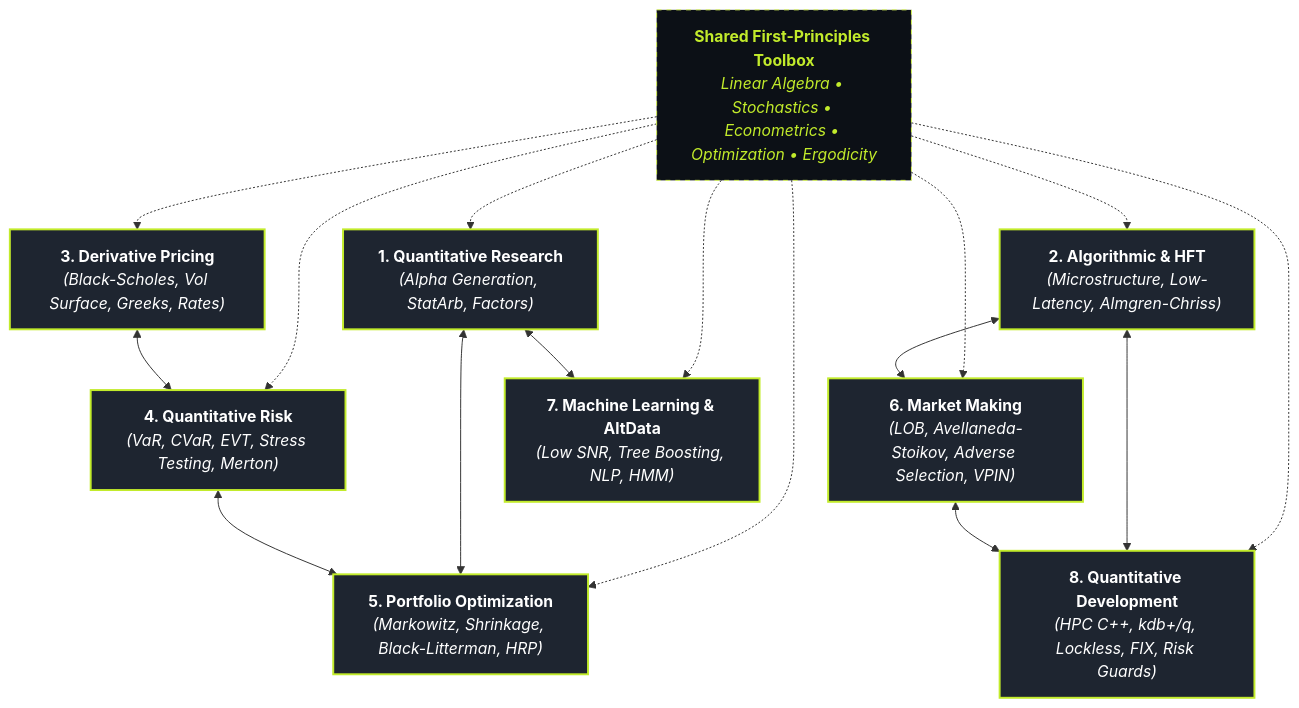
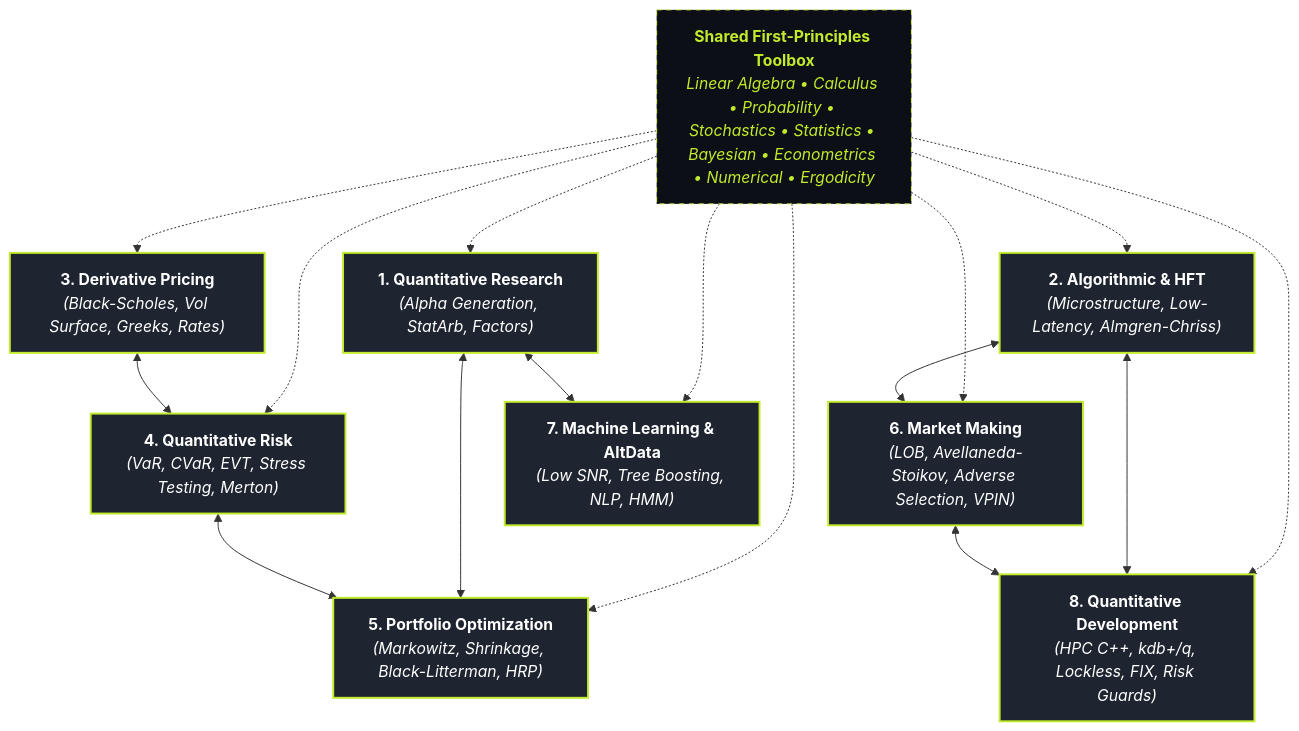
The diagram in content/index.md (kwantklubben/kwant-atlas), drawn with Mermaid before and after one commit. The commit also changed other lines of this file and 123 other files, not shown here.

````diff
--- a/content/index.md
+++ b/content/index.md
@@ -22,35 +22,35 @@
 ```mermaid
 graph TD
     QR["<b>1. Quantitative Research</b><br/><i>(Alpha Generation, StatArb, Factors)</i>"]
     HFT["<b>2. Algorithmic & HFT</b><br/><i>(Microstructure, Low-Latency, Almgren-Chriss)</i>"]
     DP["<b>3. Derivative Pricing</b><br/><i>(Black-Scholes, Vol Surface, Greeks, Rates)</i>"]
     QRisk["<b>4. Quantitative Risk</b><br/><i>(VaR, CVaR, EVT, Stress Testing, Merton)</i>"]
     PO["<b>5. Portfolio Optimization</b><br/><i>(Markowitz, Shrinkage, Black-Litterman, HRP)</i>"]
     MM["<b>6. Market Making</b><br/><i>(LOB, Avellaneda-Stoikov, Adverse Selection, VPIN)</i>"]
     ML["<b>7. Machine Learning & AltData</b><br/><i>(Low SNR, Tree Boosting, NLP, HMM)</i>"]
     QD["<b>8. Quantitative Development</b><br/><i>(HPC C++, kdb+/q, Lockless, FIX, Risk Guards)</i>"]
 
-    F["<b>Shared First-Principles Toolbox</b><br/><i>Linear Algebra • Stochastics • Econometrics • Optimization • Ergodicity</i>"]
+    F["<b>Shared First-Principles Toolbox</b><br/><i>Linear Algebra • Calculus • Probability • Stochastics • Statistics • Bayesian • Econometrics • Numerical • Ergodicity</i>"]
 
     F -.-> QR
     F -.-> HFT
     F -.-> DP
     F -.-> QRisk
     F -.-> PO
     F -.-> MM
     F -.-> ML
     F -.-> QD
 
     QR <--> PO
     QR <--> ML
     HFT <--> MM
     HFT <--> QD
     DP <--> QRisk
     MM <--> QD
     QRisk <--> PO
 
     classDef pillar fill:#1E2530,stroke:#C2EB2B,stroke-width:2px,color:#FFFFFF;
     classDef foundation fill:#0C1016,stroke:#D5F25A,stroke-width:1px,stroke-dasharray: 5 5,color:#C2EB2B;
     class QR,HFT,DP,QRisk,PO,MM,ML,QD pillar;
     class F foundation;
 ```
````
